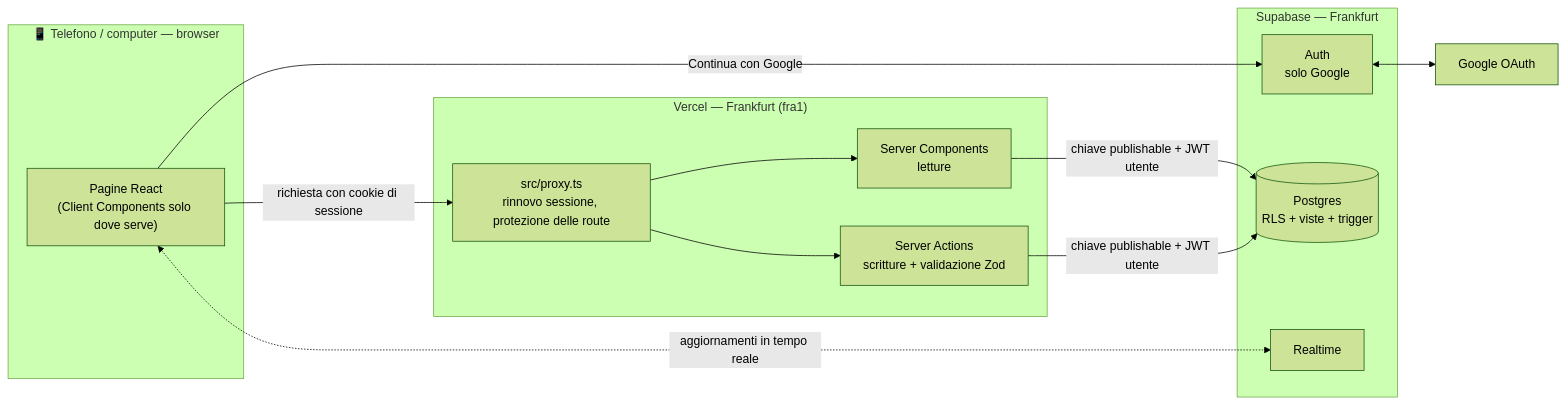
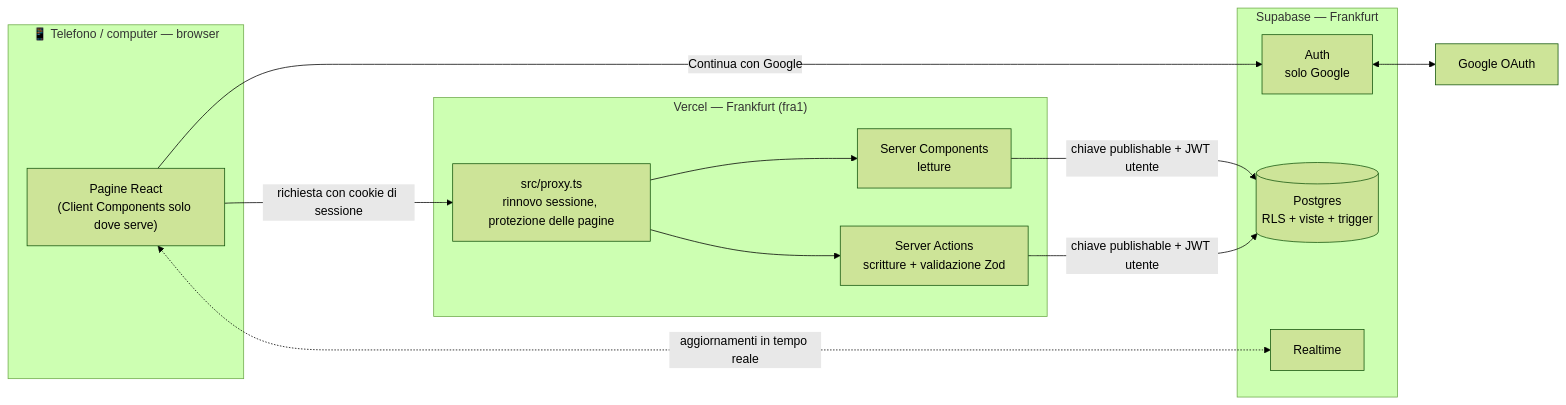
The diagram in README.md (Denel91/dashboard), drawn with Mermaid (forest theme) before and after one commit. The commit also changed other lines of this file and 10 other files, not shown here.

````diff
--- a/README.md
+++ b/README.md
@@ -5,24 +9,24 @@
 ```mermaid
 flowchart LR
   subgraph Tel["📱 Telefono / computer — browser"]
     UI["Pagine React<br/>(Client Components solo dove serve)"]
   end
   subgraph V["Vercel — Frankfurt (fra1)"]
-    PX["src/proxy.ts<br/>rinnovo sessione, protezione delle route"]
+    PX["src/proxy.ts<br/>rinnovo sessione, protezione delle pagine"]
     SC["Server Components<br/>letture"]
     SA["Server Actions<br/>scritture + validazione Zod"]
   end
   subgraph S["Supabase — Frankfurt"]
     AU["Auth<br/>solo Google"]
     DB[("Postgres<br/>RLS + viste + trigger")]
     RT["Realtime"]
   end
   G["Google OAuth"]
 
   UI -->|richiesta con cookie di sessione| PX --> SC & SA
   SC -->|chiave publishable + JWT utente| DB
   SA -->|chiave publishable + JWT utente| DB
   UI <-.->|aggiornamenti in tempo reale| RT
   AU <--> G
   UI -->|Continua con Google| AU
 ```
````
